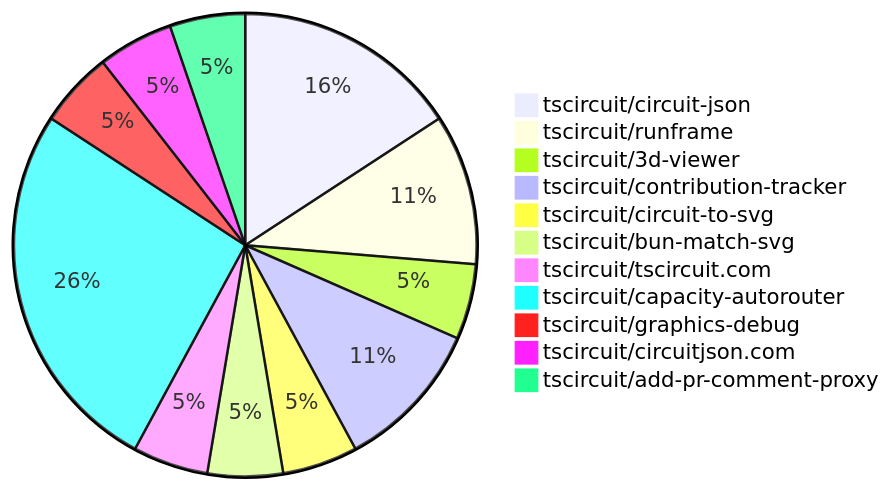
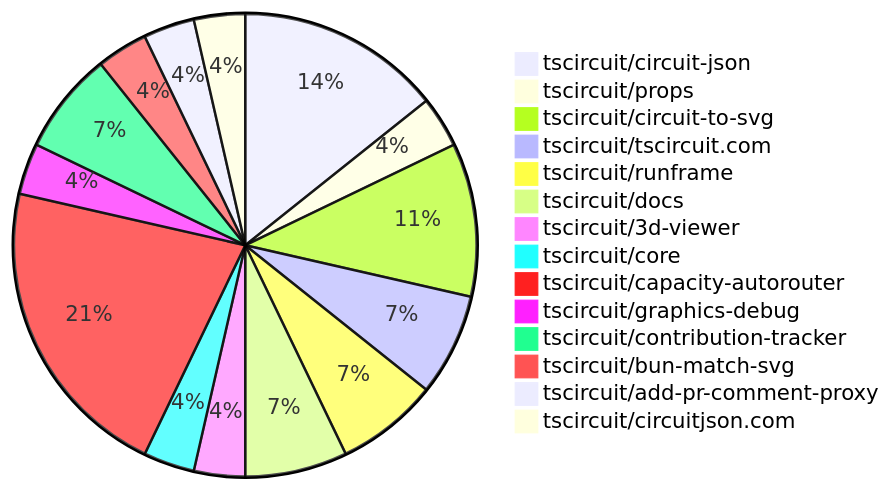
One commit to tscircuit/contribution-tracker changed the diagram in README.md. Above: the diagram before and after it, drawn with Mermaid. The commit also changed other lines of this file and 2 other files, not shown here.

````diff
--- a/README.md
+++ b/README.md
@@ -24,14 +24,17 @@
 ```mermaid
 pie
-    "tscircuit/circuit-json" : 3
+    "tscircuit/circuit-json" : 4
+    "tscircuit/props" : 1
+    "tscircuit/circuit-to-svg" : 3
+    "tscircuit/tscircuit.com" : 2
     "tscircuit/runframe" : 2
+    "tscircuit/docs" : 2
     "tscircuit/3d-viewer" : 1
+    "tscircuit/core" : 1
+    "tscircuit/capacity-autorouter" : 6
+    "tscircuit/graphics-debug" : 1
     "tscircuit/contribution-tracker" : 2
-    "tscircuit/circuit-to-svg" : 1
     "tscircuit/bun-match-svg" : 1
-    "tscircuit/tscircuit.com" : 1
-    "tscircuit/capacity-autorouter" : 5
-    "tscircuit/graphics-debug" : 1
+    "tscircuit/add-pr-comment-proxy" : 1
     "tscircuit/circuitjson.com" : 1
-    "tscircuit/add-pr-comment-proxy" : 1
 ```
````
